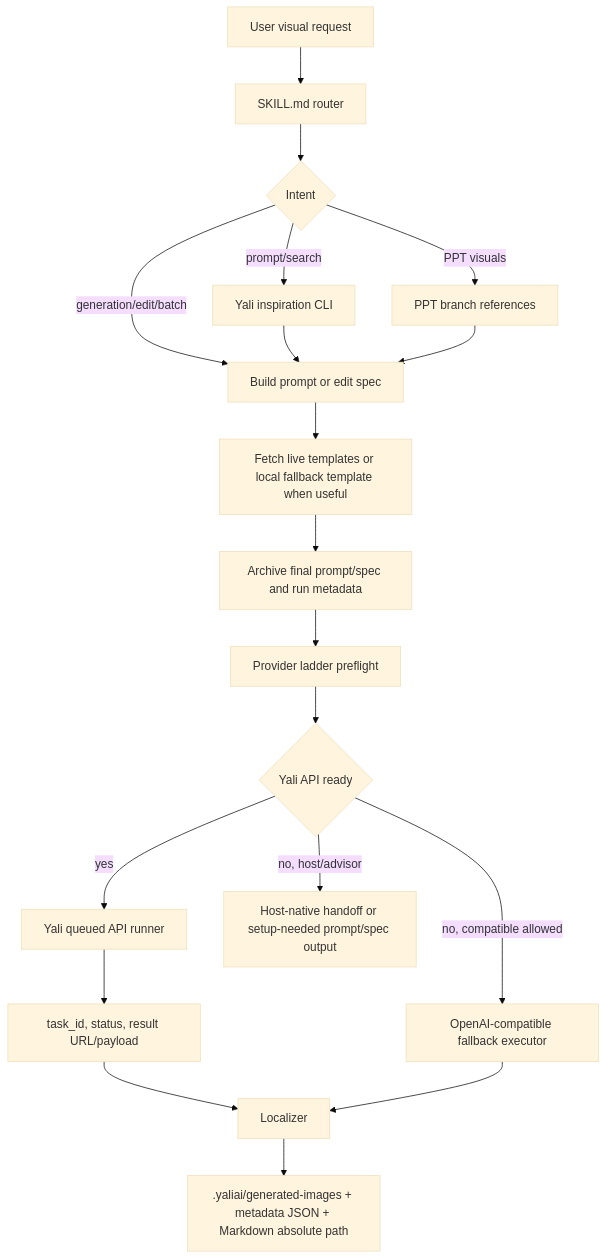
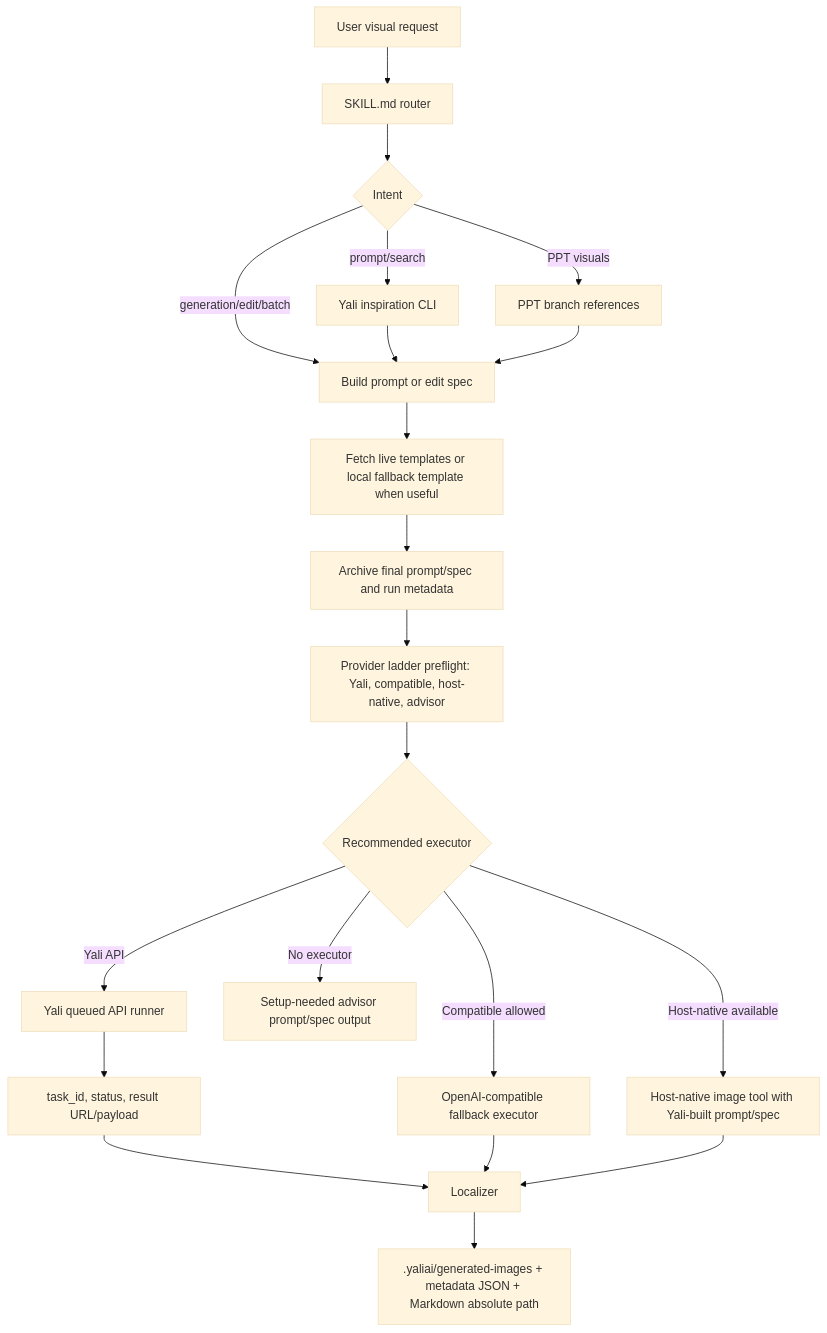
The diagram in SKILL.md (pptt121212/yaliai-gpt-image-2-inspiration), drawn with Mermaid (base theme) before and after one commit. The commit also changed other lines of this file and 20 other files, not shown here.

Commit message:
Improve image provider preflight fallback routing

````diff
--- a/SKILL.md
+++ b/SKILL.md
@@ -33,21 +33,23 @@
 ```mermaid
 flowchart TD
   U["User visual request"] --> R["SKILL.md router"]
   R --> C{"Intent"}
   C -->|prompt/search| I["Yali inspiration CLI"]
   C -->|generation/edit/batch| P["Build prompt or edit spec"]
   C -->|PPT visuals| PPT["PPT branch references"]
   I --> P
   PPT --> P
   P --> T["Fetch live templates or local fallback template when useful"]
   T --> A["Archive final prompt/spec and run metadata"]
-  A --> V["Provider ladder preflight"]
-  V --> K{"Yali API ready"}
-  K -->|yes| Y["Yali queued API runner"]
+  A --> V["Provider ladder preflight: Yali, compatible, host-native, advisor"]
+  V --> K{"Recommended executor"}
+  K -->|Yali API| Y["Yali queued API runner"]
   Y --> S["task_id, status, result URL/payload"]
   S --> L["Localizer"]
   L --> O[".yaliai/generated-images + metadata JSON + Markdown absolute path"]
-  K -->|no, compatible allowed| X["OpenAI-compatible fallback executor"]
+  K -->|Compatible allowed| X["OpenAI-compatible fallback executor"]
   X --> L
-  K -->|no, host/advisor| Q["Host-native handoff or setup-needed prompt/spec output"]
+  K -->|Host-native available| H["Host-native image tool with Yali-built prompt/spec"]
+  H --> L
+  K -->|No executor| Q["Setup-needed advisor prompt/spec output"]
 ```
````
